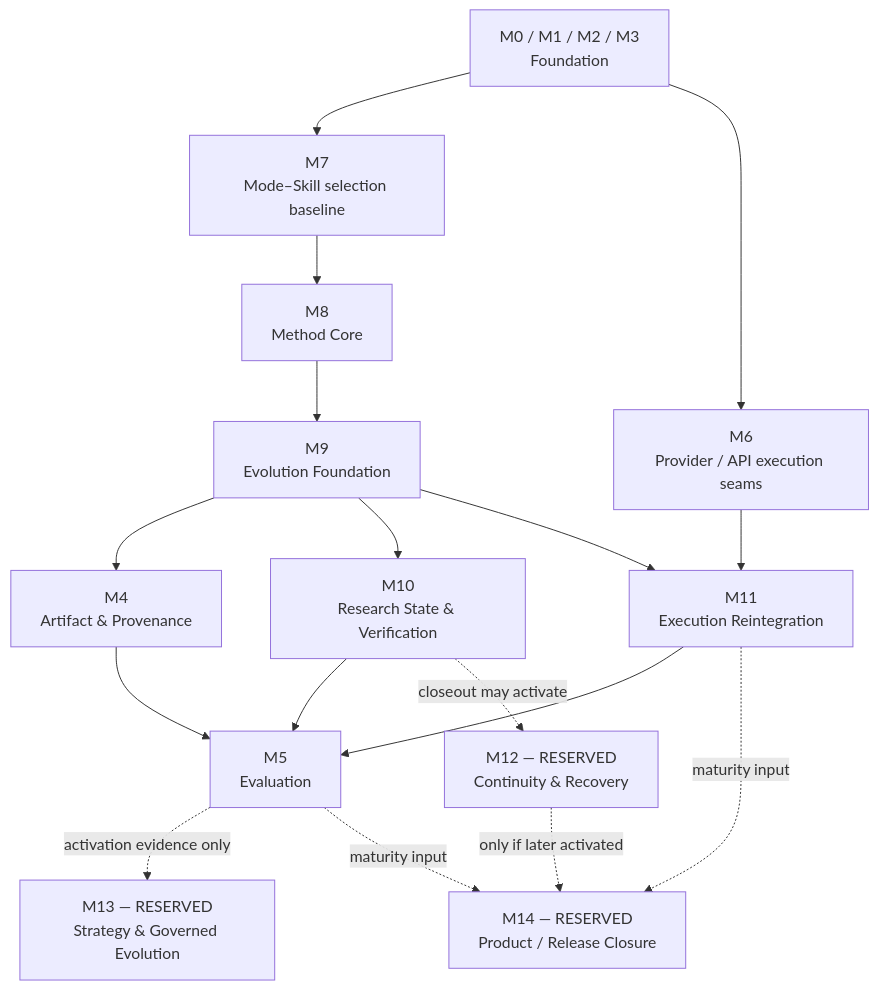
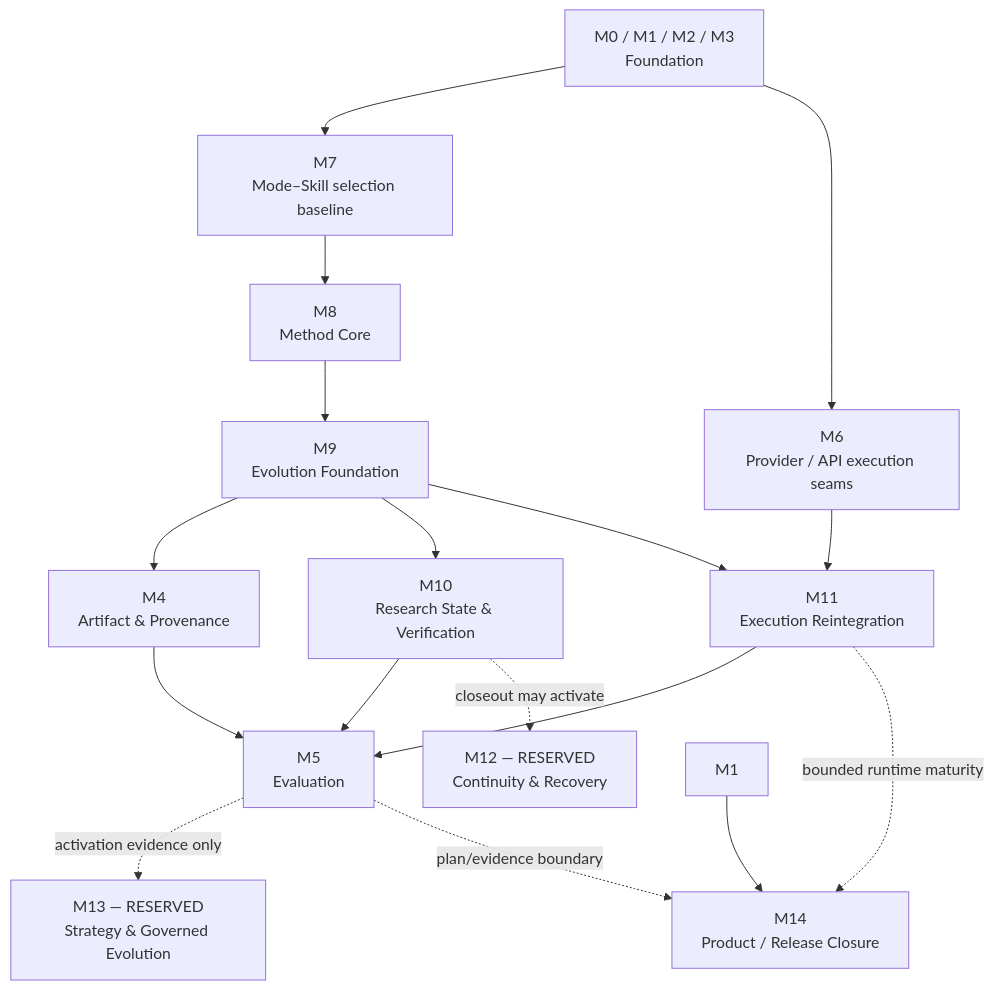
Before and after one commit to Chengyue-Lu/research-agent-workbench: the first of 5 diagrams in docs/M_SERIES_IMPLEMENTATION_MAP.md, drawn with Mermaid. The commit also changed other lines of this file and 11 other files, not shown here.

Commit message:
docs(m14): define curated release closure

````diff
--- a/docs/M_SERIES_IMPLEMENTATION_MAP.md
+++ b/docs/M_SERIES_IMPLEMENTATION_MAP.md
@@ -17,22 +17,22 @@
 ```mermaid
 flowchart TB
     Foundation["M0 / M1 / M2 / M3<br/>Foundation"] --> M7["M7<br/>Mode–Skill selection baseline"]
     Foundation --> M6["M6<br/>Provider / API execution seams"]
     M7 --> M8["M8<br/>Method Core"]
     M8 --> M9["M9<br/>Evolution Foundation"]
 
     M9 --> M4["M4<br/>Artifact & Provenance"]
     M9 --> M10["M10<br/>Research State & Verification"]
     M9 --> M11["M11<br/>Execution Reintegration"]
     M6 --> M11
 
     M4 --> M5["M5<br/>Evaluation"]
     M10 --> M5
     M11 --> M5
 
     M5 -. "activation evidence only" .-> M13["M13 — RESERVED<br/>Strategy & Governed Evolution"]
     M10 -. "closeout may activate" .-> M12["M12 — RESERVED<br/>Continuity & Recovery"]
-    M11 -. "maturity input" .-> M14["M14 — RESERVED<br/>Product / Release Closure"]
-    M5 -. "maturity input" .-> M14
-    M12 -. "only if later activated" .-> M14
+    M11 -. "bounded runtime maturity" .-> M14["M14<br/>Product / Release Closure"]
+    M5 -. "plan/evidence boundary" .-> M14
+    M1 --> M14
 ```
````
